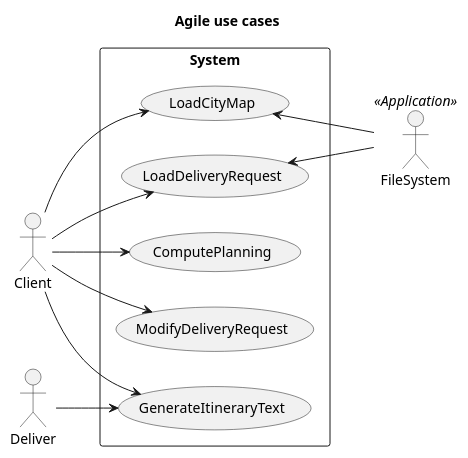
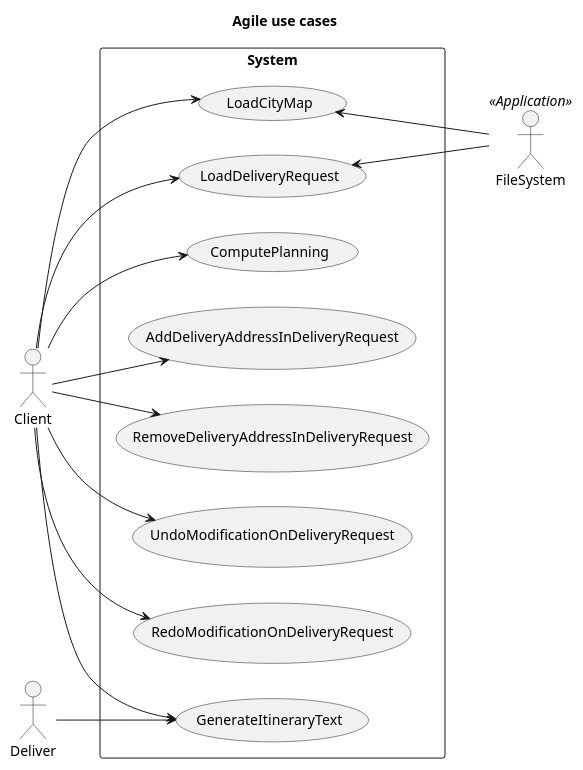
One commit to if-h4102/pld-agile changed the diagram in docs/project/use-cases/UsesCases.puml. Above: the diagram before and after it, drawn with PlantUML. The commit also changed 6 other files, not shown here.

```diff
--- a/docs/project/use-cases/UsesCases.puml
+++ b/docs/project/use-cases/UsesCases.puml
@@ -1,29 +1,35 @@
 @startuml
 
 title Agile use cases
 
 rectangle "System" {
     usecase LoadCityMap
     usecase LoadDeliveryRequest
     usecase ComputePlanning
-    usecase ModifyDeliveryRequest
+    usecase AddDeliveryAddressInDeliveryRequest
+    usecase RemoveDeliveryAddressInDeliveryRequest
+    usecase UndoModificationOnDeliveryRequest
+    usecase RedoModificationOnDeliveryRequest
     usecase GenerateItineraryText
 }
 
 actor Client
 actor Deliver
 actor FileSystem <<Application>>
 
 
 left to right direction
 Client --> LoadCityMap
 Client --> LoadDeliveryRequest
 Client --> ComputePlanning
-Client --> ModifyDeliveryRequest
+Client --> AddDeliveryAddressInDeliveryRequest
+Client --> RemoveDeliveryAddressInDeliveryRequest
+Client --> RedoModificationOnDeliveryRequest
+Client --> UndoModificationOnDeliveryRequest
 Client --> GenerateItineraryText
 
 Deliver --> GenerateItineraryText
 
 LoadCityMap <-- FileSystem
 LoadDeliveryRequest <-- FileSystem
 @enduml
```
